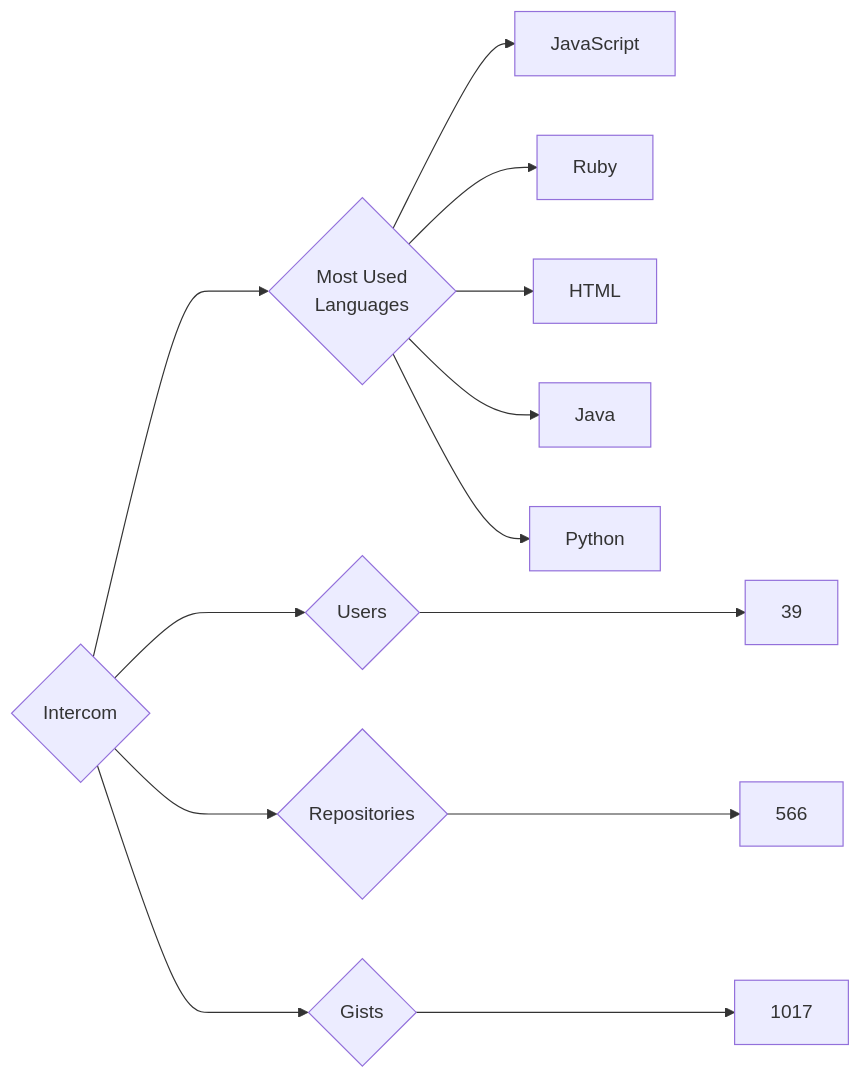
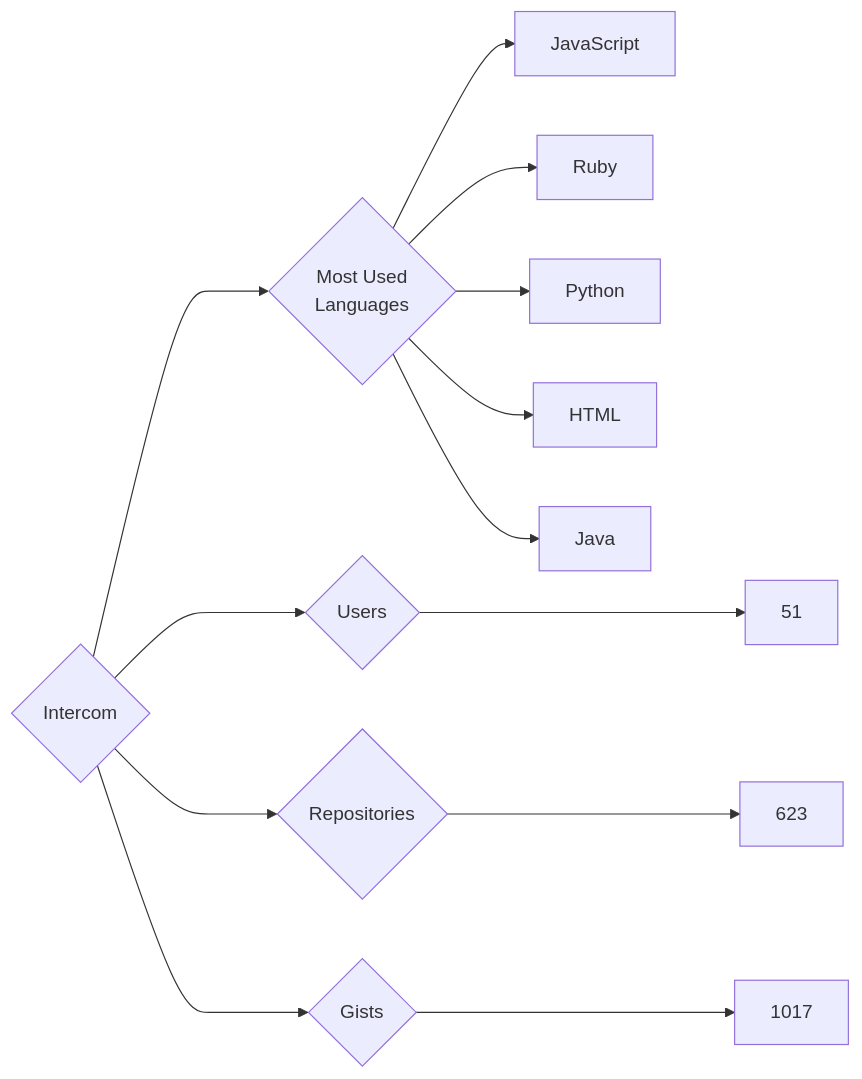
Before and after one commit to trickest/insiders: the diagram in targets/Intercom/README.md, drawn with Mermaid. The commit also changed 644 other files, not shown here.

````diff
--- a/targets/Intercom/README.md
+++ b/targets/Intercom/README.md
@@ -3,13 +3,13 @@
 ```mermaid
 graph LR
 COMPANY_NAME{Intercom}
-COMPANY_NAME ---> U{Users} ---> UN[39]
-COMPANY_NAME ---> R{Repositories} ---> RN[566]
+COMPANY_NAME ---> U{Users} ---> UN[51]
+COMPANY_NAME ---> R{Repositories} ---> RN[623]
 COMPANY_NAME ---> G{Gists} ---> GN[1017]
 COMPANY_NAME ---> ML{Most Used<br>Languages}
 ML --> JavaScript[JavaScript]
 ML --> Ruby[Ruby]
+ML --> Python[Python]
 ML --> HTML[HTML]
 ML --> Java[Java]
-ML --> Python[Python]
 ```
````
